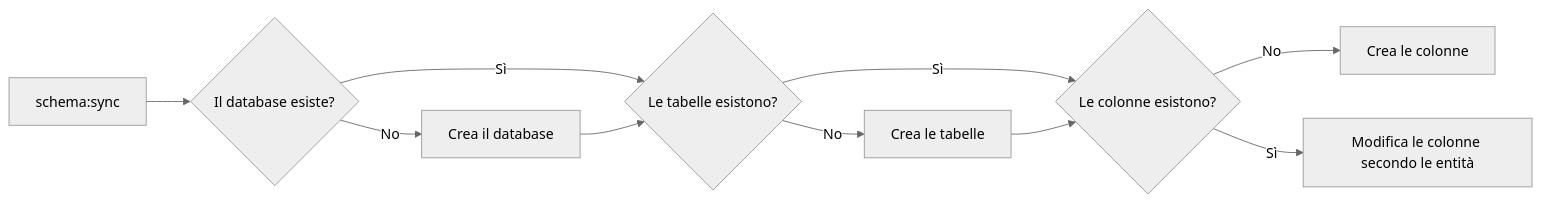
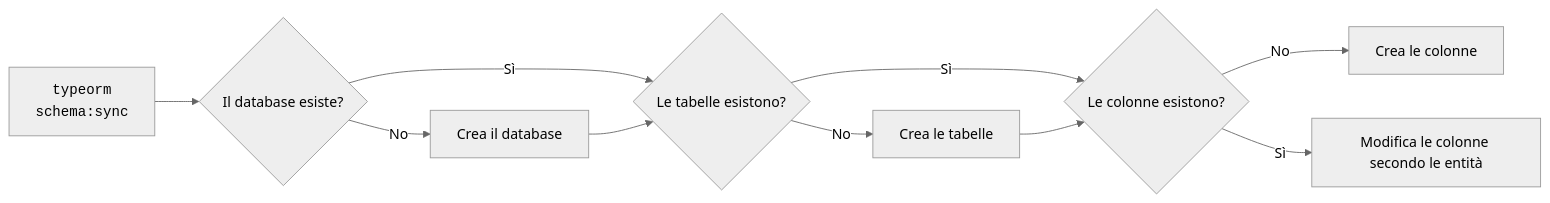
One commit to iacobucci/tesi-triennale changed the fifth of 6 diagrams in 2-descrizione_delle_tecnologie.md. Above: the diagram before and after it, drawn with Mermaid. The commit also changed other lines of this file and 3 other files, not shown here.

````diff
--- a/2-descrizione_delle_tecnologie.md
+++ b/2-descrizione_delle_tecnologie.md
@@ -478,13 +482,16 @@
 ```mermaid {height=2cm}
 %%{init: {'theme': 'neutral', 'mirrorActors': false} }%%
 graph LR;
-    A[schema:sync] --> B{Il database esiste?};
+    A[typeorm
+	schema:sync] --> B{Il database esiste?};
     B -- No --> C[Crea il database];
     B -- Sì --> D{Le tabelle esistono?};
 	C --> D;
     D -- No --> E[Crea le tabelle];
     D -- Sì --> F{Le colonne esistono?};
 	E --> F;
     F -- No --> G[Crea le colonne];
     F -- Sì --> H[Modifica le colonne secondo le entità];
+	classDef code font-family: monospace;
+	class A code
 ```
````
